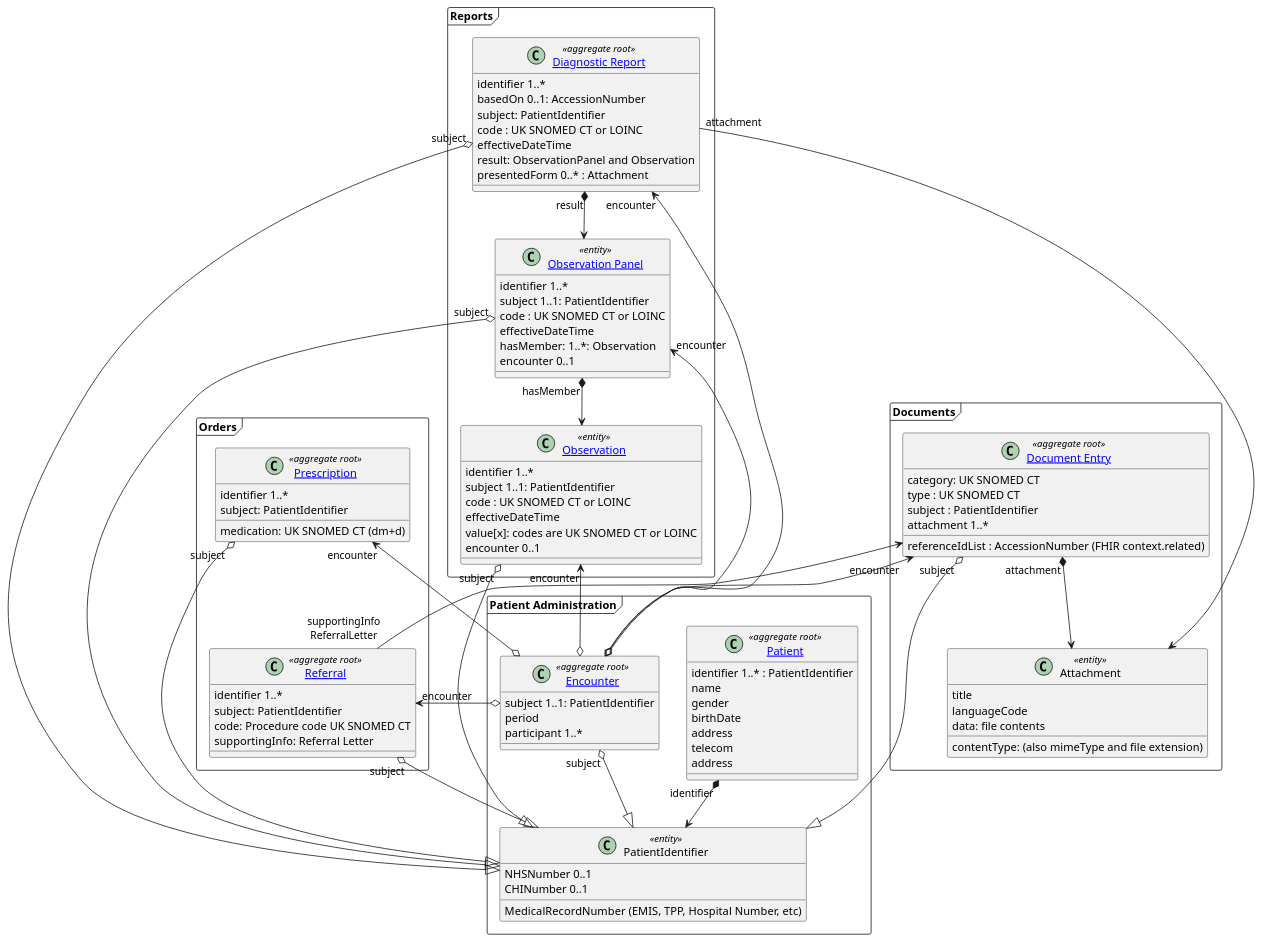
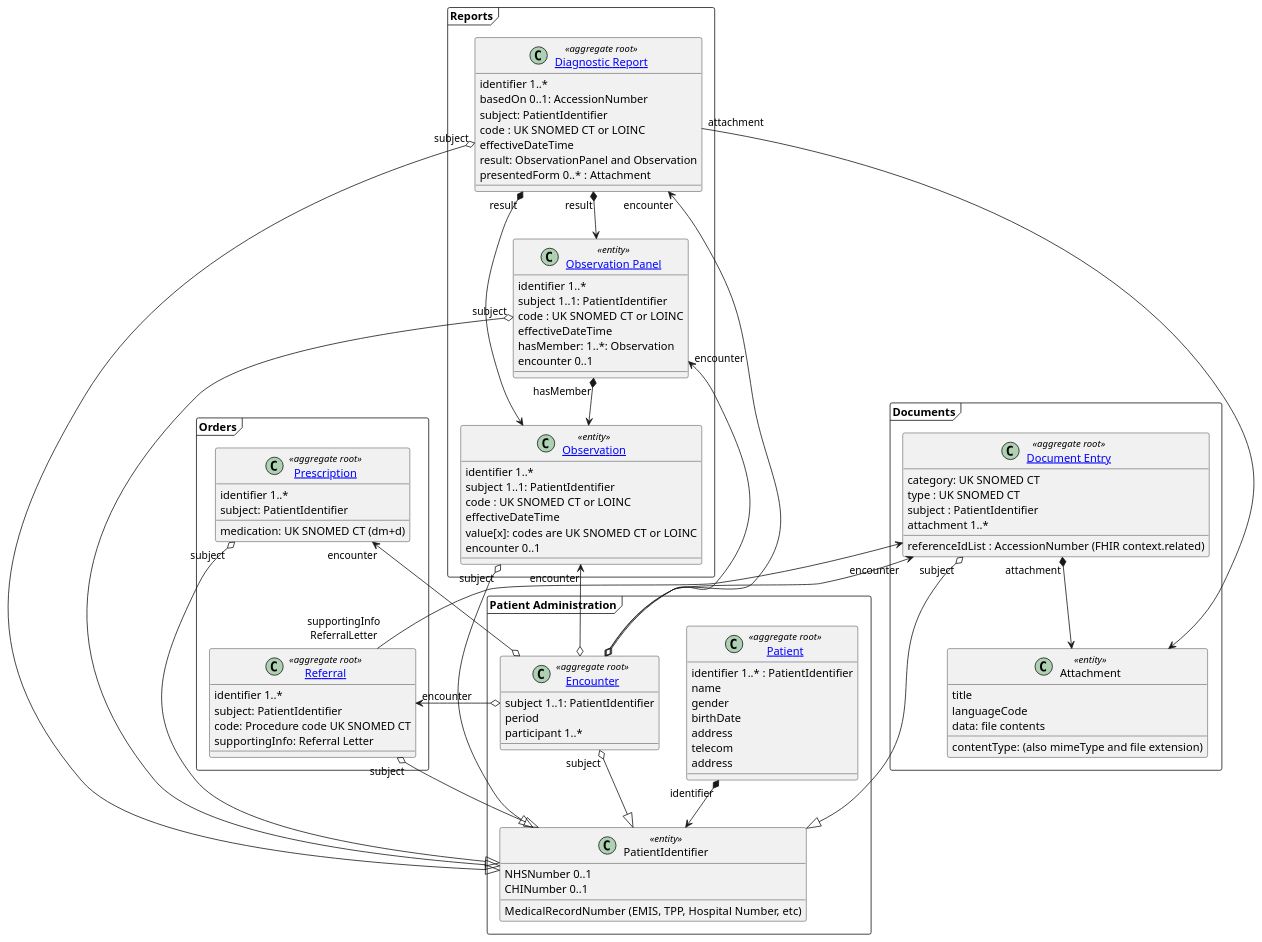
One commit to Virtually-Healthcare/virtually-healthcare.github.com changed the diagram in input/images-source/eReport-entity-model.plantuml. Above: the diagram before and after it, drawn with PlantUML.

Commit message:
More R01 examples

```diff
--- a/input/images-source/eReport-entity-model.plantuml
+++ b/input/images-source/eReport-entity-model.plantuml
@@ -1,143 +1,144 @@
 @startuml
 
 skinparam svgDimensionStyle false
 
 frame PD1 as "Patient Administration" {
   class "[[StructureDefinition-Patient.html Patient]]" as Patient <<aggregate root>> {
   identifier 1..* : PatientIdentifier
   name
   gender
   birthDate
   address
   telecom
   address
   }
 
 
   class PatientIdentifier <<entity>> {
   NHSNumber 0..1
   CHINumber 0..1
   MedicalRecordNumber (EMIS, TPP, Hospital Number, etc)
   }
 
   class "[[StructureDefinition-Encounter.html Encounter]]" as Encounter <<aggregate root>> {
   subject 1..1: PatientIdentifier
   period
   participant 1..*
   }
 
 
   Patient "identifier" *--> PatientIdentifier
   Encounter "subject" o--|> PatientIdentifier
 
 }
 
 frame Diagnostics as "Reports" {
   class "[[StructureDefinition-Observation.html Observation]]" as Observation <<entity>> {
   identifier 1..*
   subject 1..1: PatientIdentifier
   code : UK SNOMED CT or LOINC
   effectiveDateTime
   value[x]: codes are UK SNOMED CT or LOINC
   encounter 0..1
   }
 
 
   class "[[assessments-and-observations.html Observation Panel]]" as ObservationPanel <<entity>> {
   identifier 1..*
   subject 1..1: PatientIdentifier
   code : UK SNOMED CT or LOINC
   effectiveDateTime
   hasMember: 1..*: Observation
   encounter 0..1
   }
 
 
   class "[[StructureDefinition-DiagnosticReport.html Diagnostic Report]]" as DiagnosticReport <<aggregate root>> {
   identifier 1..*
   basedOn 0..1: AccessionNumber
   subject: PatientIdentifier
   code : UK SNOMED CT or LOINC
   effectiveDateTime
   result: ObservationPanel and Observation
   presentedForm 0..* : Attachment
   }
 
   DiagnosticReport "result" *--> ObservationPanel
+   DiagnosticReport "result" *--> Observation
   ObservationPanel "hasMember" *--> Observation
 
 }
 
 
 
 frame Documents {
 
   class Attachment <<entity>> {
   contentType: (also mimeType and file extension)
   title
   languageCode
   data: file contents
   }
 
 
   class "[[StructureDefinition-DocumentReference.html Document Entry]]" as DocumentEntry <<aggregate root>> {
   category: UK SNOMED CT
   type : UK SNOMED CT
   subject : PatientIdentifier
   attachment 1..*
   referenceIdList : AccessionNumber (FHIR context.related)
   }
 
 
   DocumentEntry "attachment" *-d-> Attachment
 
 }
 
 frame Orders {
 
 
 
 
   class "[[StructureDefinition-MedicationRequest.html Prescription]]" as Prescription <<aggregate root>> {
   identifier 1..*
   subject: PatientIdentifier
   medication: UK SNOMED CT (dm+d)
   }
 
 
   class "[[StructureDefinition-ServiceRequest.html Referral]]" as Referral <<aggregate root>> {
   identifier 1..*
   subject: PatientIdentifier
   code: Procedure code UK SNOMED CT
   supportingInfo: Referral Letter
   }
 
   Prescription -d[hidden]- Referral
 
 
 
 }
 
 
 
 
 Observation "subject" o--|> PatientIdentifier
 ObservationPanel "subject" o--|> PatientIdentifier
 DiagnosticReport "subject" o--|> PatientIdentifier
 DocumentEntry "subject" o--|> PatientIdentifier
 
 Observation "encounter" <--o Encounter
 ObservationPanel "encounter" <--o Encounter
 DiagnosticReport "encounter" <--o Encounter
 DocumentEntry "encounter" <--o Encounter
 
 Referral "supportingInfo\nReferralLetter" --> DocumentEntry
 Referral "subject" o-u-|> PatientIdentifier
 Prescription "subject" o-u-|> PatientIdentifier
 
 Referral "encounter" <--o Encounter
 Prescription "encounter" <--o Encounter
 
 DiagnosticReport "attachment" --> Attachment
 
 @enduml
```
